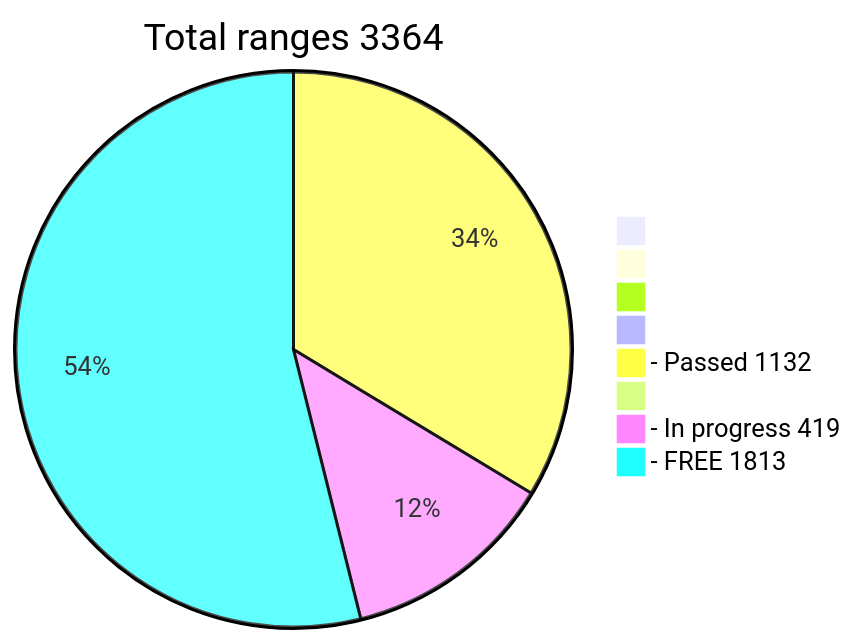
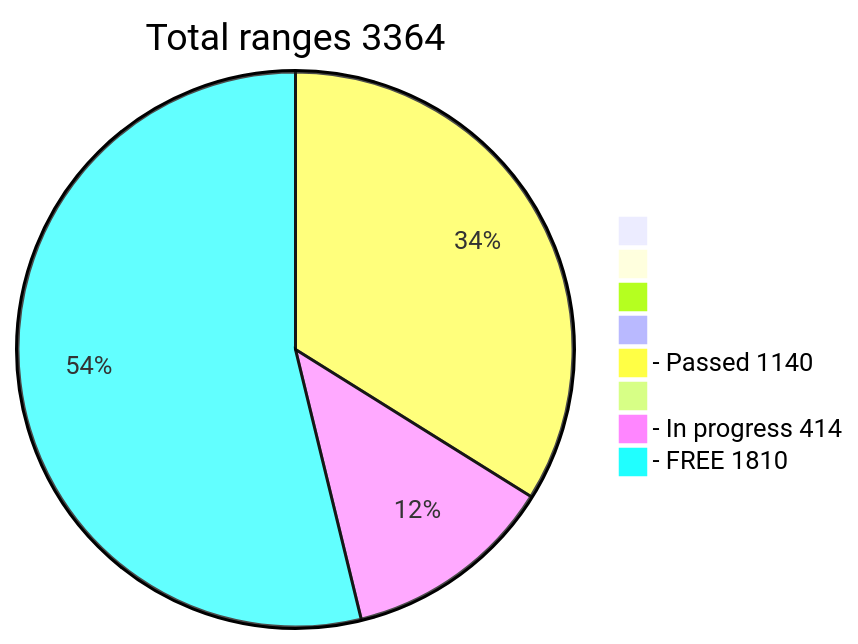
Before and after one commit to phrutis/wif500: the diagram in README.md, drawn with Mermaid.

````diff
--- a/README.md
+++ b/README.md
@@ -16,12 +16,12 @@
 ```mermaid
 pie title Total ranges 3364
              " " : 0
             "  " : 0
            "   " : 0
           "    " : 0
-  "- Passed 1132" : 1132
+  "- Passed 1140" : 1140
          "     " : 0
-  "- In progress 419" : 419
-   "- FREE 1813" : 1813
+  "- In progress 414" : 414
+   "- FREE 1810" : 1810
    
 ```
````
